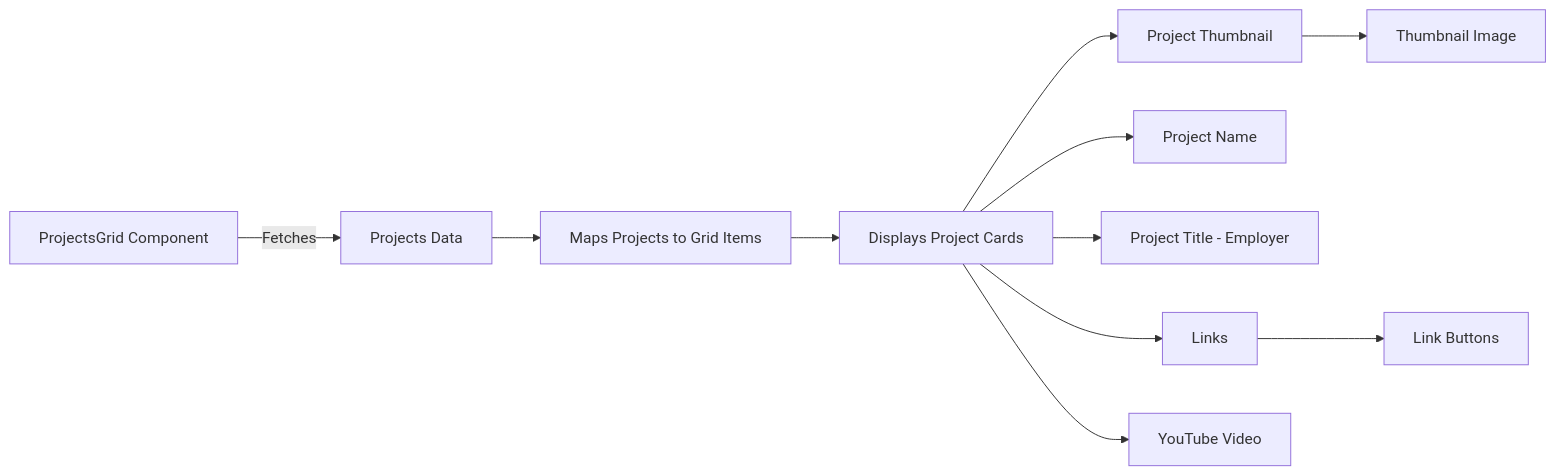
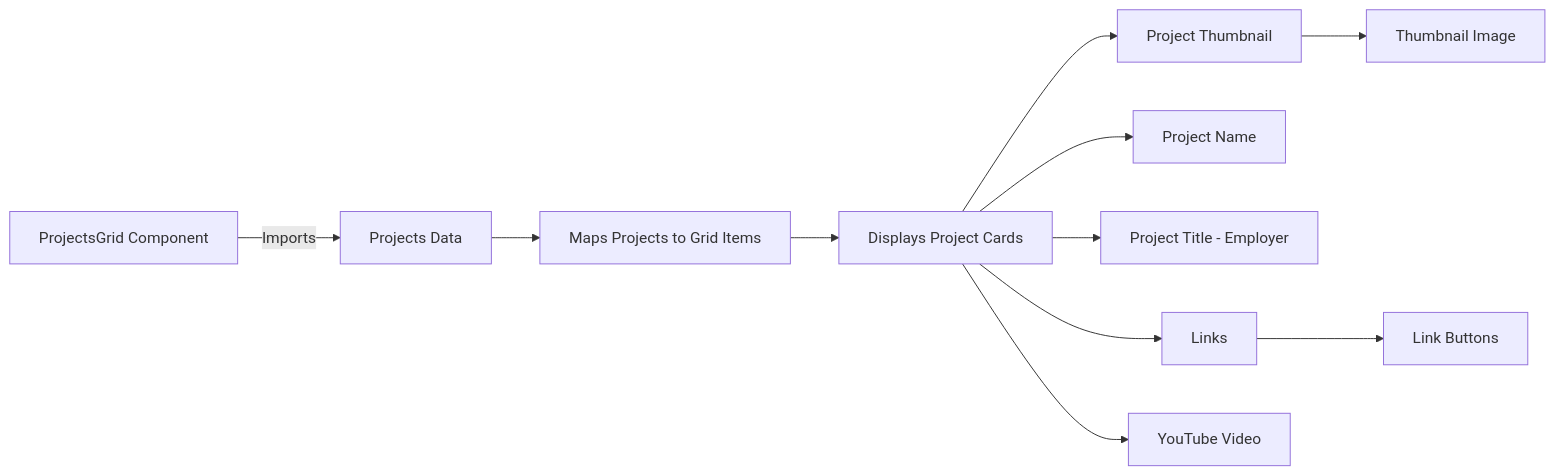
The diagram in docs/architecture/components/projects.md (AlexJSully/AlexJSully-Portfolio), drawn with Mermaid before and after one commit. The commit also changed other lines of this file and 42 other files, not shown here.

````diff
--- a/docs/architecture/components/projects.md
+++ b/docs/architecture/components/projects.md
@@ -23,15 +23,15 @@
 ```mermaid
 flowchart LR
     accTitle: Projects Grid Data Flow
-    accDescr: ProjectsGrid component fetches projects data, maps to grid items, displays project cards with thumbnail image, name, title/employer, and action links. Includes network-aware video autoplay
-    A[ProjectsGrid Component] -->|Fetches| B[Projects Data]
+    accDescr: ProjectsGrid component imports projects data, maps to grid items, displays project cards with thumbnail image, name, title/employer, and action links. Includes network-aware video autoplay
+    A[ProjectsGrid Component] -->|Imports| B[Projects Data]
     B --> C[Maps Projects to Grid Items]
     C --> D[Displays Project Cards]
     D --> E[Project Thumbnail]
     D --> F[Project Name]
     D --> G[Project Title - Employer]
     D --> I[Links]
     E --> J[Thumbnail Image]
     I --> K[Link Buttons]
     D --> L[YouTube Video]
 ```
````
